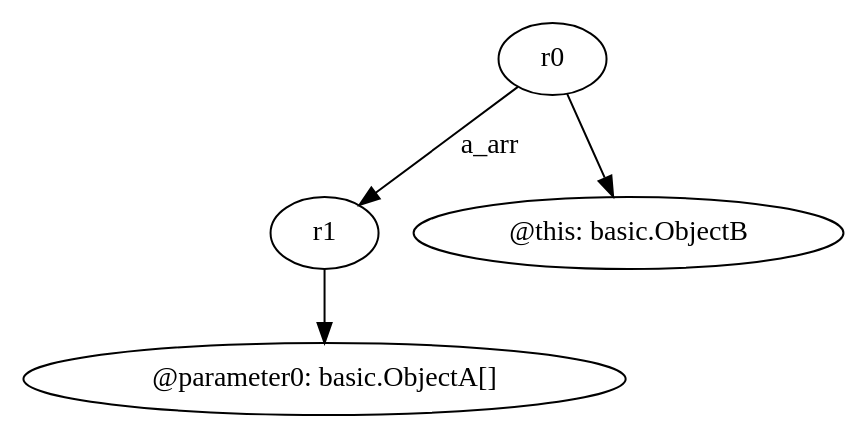
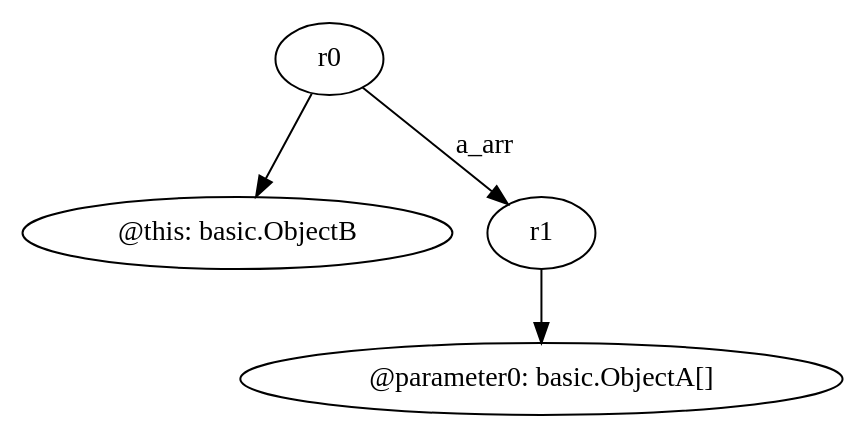
Before and after one commit to SeanCoek/zString: the diagram in relation/<basic.ObjectB: void setArray(basic.ObjectA[])>.dot, drawn with Graphviz. The commit also changed 86 other files, not shown here.

```diff
--- a/relation/<basic.ObjectB: void setArray(basic.ObjectA[])>.dot
+++ b/relation/<basic.ObjectB: void setArray(basic.ObjectA[])>.dot
@@ -1,9 +1,9 @@
 digraph g {
 0[label="r0"]
-1[label="r1"]
-0->1[label="a_arr"]
-2[label="@this: basic.ObjectB"]
-0->2[label=""]
+1[label="@this: basic.ObjectB"]
+0->1[label=""]
+2[label="r1"]
+0->2[label="a_arr"]
 3[label="@parameter0: basic.ObjectA[]"]
-1->3[label=""]
+2->3[label=""]
 }
```
